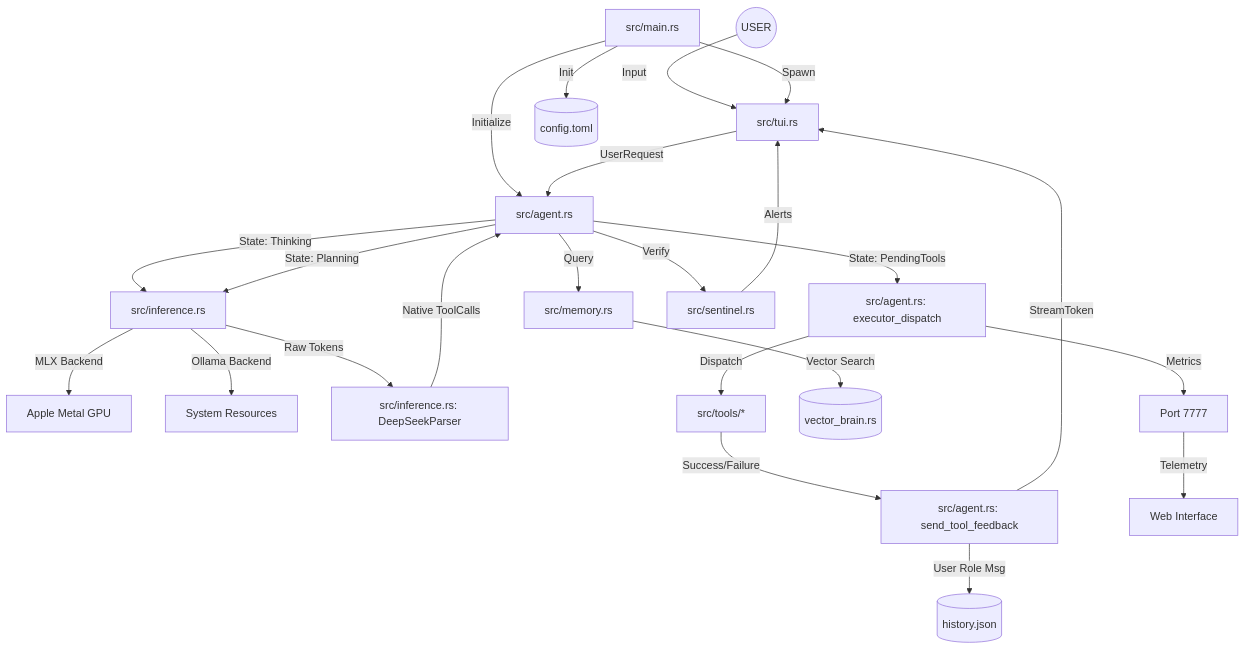
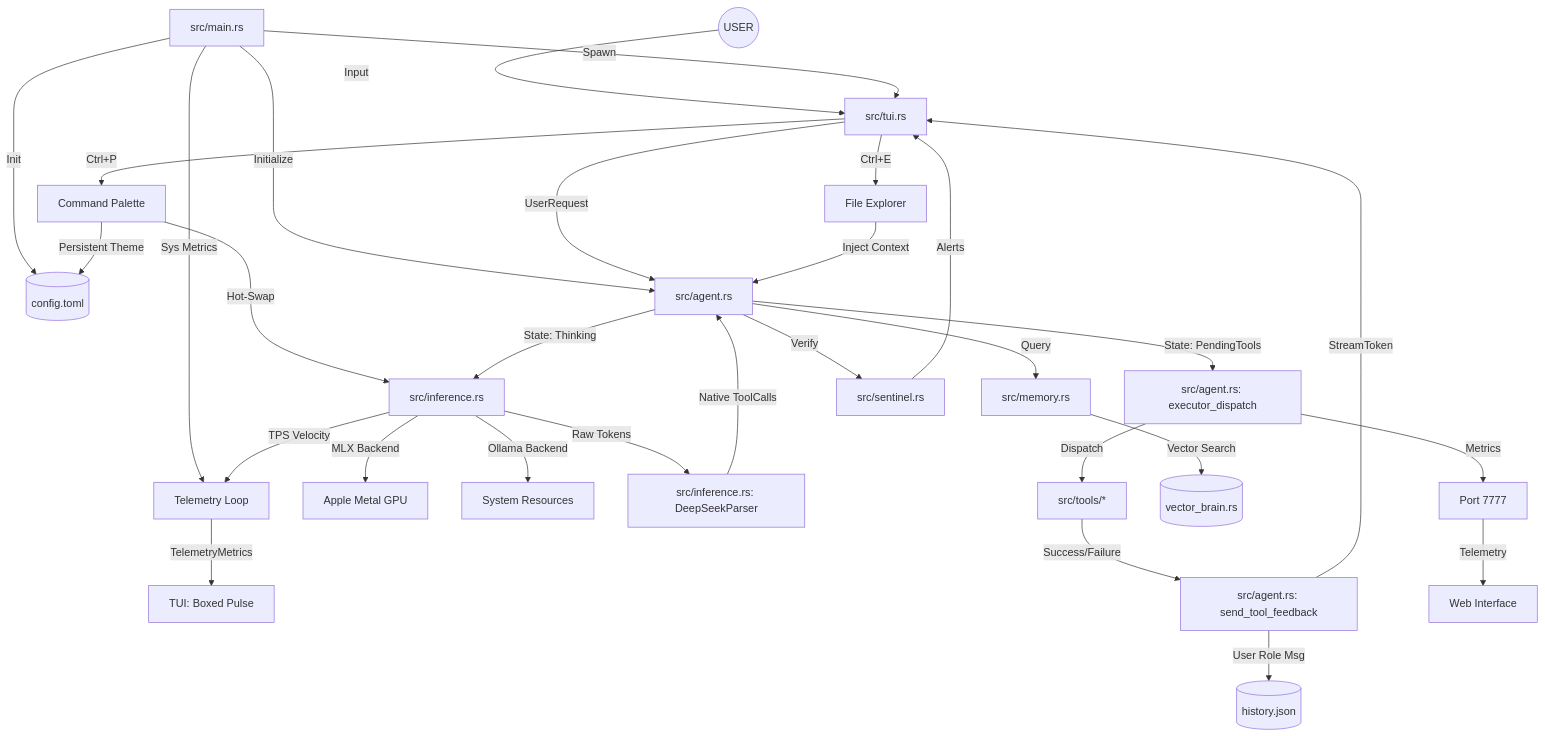
One commit to 7empest462/tempest_ai changed the diagram in KNOWLEDGE_GRAPH.md. Above: the diagram before and after it, drawn with Mermaid. The commit also changed other lines of this file, not shown here.

````diff
--- a/KNOWLEDGE_GRAPH.md
+++ b/KNOWLEDGE_GRAPH.md
@@ -7,36 +7,47 @@
 ```mermaid
 graph TD
     %% Entry & Configuration
     User((USER)) -->|Input| TUI[src/tui.rs]
     Main[src/main.rs] -->|Init| Config[(config.toml)]
     Main -->|Spawn| TUI
     Main -->|Initialize| Agent[src/agent.rs]
     
-    %% Core Orchestration
+    %% Core Orchestration & Command Hub
     TUI -->|UserRequest| Agent
-    Agent -->|State: Thinking| Inference[src/inference.rs]
-    Agent -->|State: Planning| Inference
+    TUI -->|Ctrl+P| Palette[Command Palette]
+    Palette -->|Hot-Swap| Inference[src/inference.rs]
+    Palette -->|Persistent Theme| Config
+    
+    %% Data & Workspace Navigation
+    TUI -->|Ctrl+E| Explorer[File Explorer]
+    Explorer -->|Inject Context| Agent
+    
+    %% Telemetry & Performance Pulse
+    Main -->|Sys Metrics| Telemetry[Telemetry Loop]
+    Inference -->|TPS Velocity| Telemetry
+    Telemetry -->|TelemetryMetrics| TUI_Pulse[TUI: Boxed Pulse]
     
     %% Inference Layer
+    Agent -->|State: Thinking| Inference
     Inference -->|MLX Backend| GPU[Apple Metal GPU]
     Inference -->|Ollama Backend| CPU_GPU[System Resources]
     
     %% Execution Loop
     Inference -->|Raw Tokens| Parser[src/inference.rs: DeepSeekParser]
     Parser -->|Native ToolCalls| Agent
     Agent -->|State: PendingTools| Executor[src/agent.rs: executor_dispatch]
     Executor -->|Dispatch| Tools[src/tools/*]
     Tools -->|Success/Failure| Feedback[src/agent.rs: send_tool_feedback]
     Feedback -->|StreamToken| TUI
     Feedback -->|User Role Msg| History[(history.json)]
     
     %% Memory & Protection
     Agent -->|Query| Memory[src/memory.rs]
     Memory -->|Vector Search| Brain[(vector_brain.rs)]
     Agent -->|Verify| Sentinel[src/sentinel.rs]
     Sentinel -->|Alerts| TUI
     
     %% Monitoring
     Executor -->|Metrics| Prometheus[Port 7777]
     Prometheus -->|Telemetry| Dashboard[Web Interface]
 ```
````
